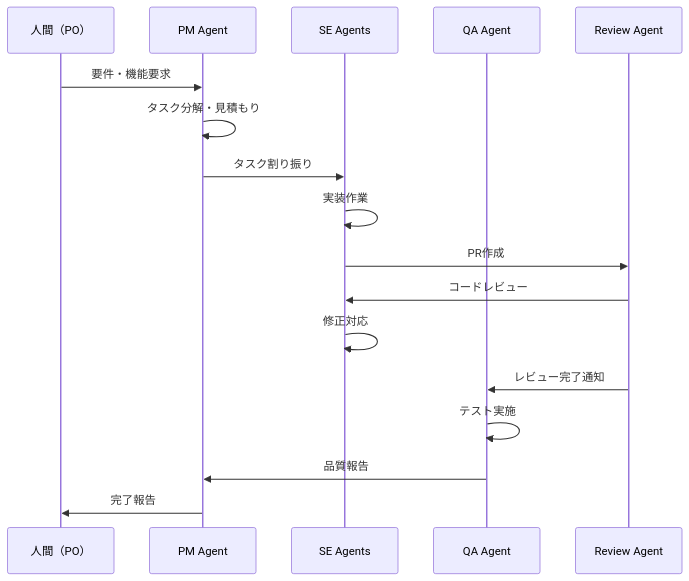
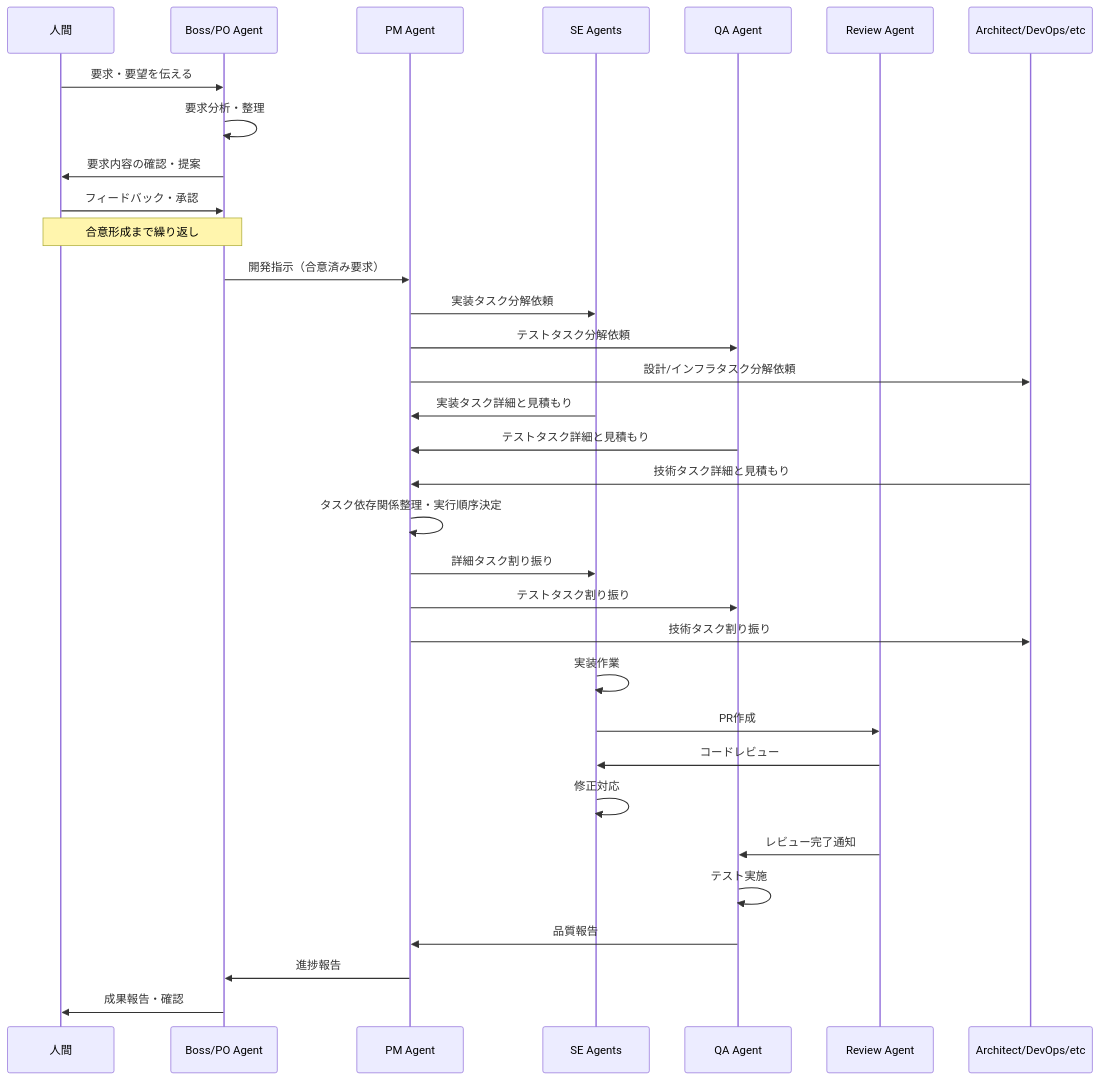
One commit to norinoriver/ai-multi-agent changed the diagram in docs/development-flow/requirements/OCD_multi_claude_code_system.md. Above: the diagram before and after it, drawn with Mermaid. The commit also changed other lines of this file and 14 other files, not shown here.

````diff
--- a/docs/development-flow/requirements/OCD_multi_claude_code_system.md
+++ b/docs/development-flow/requirements/OCD_multi_claude_code_system.md
@@ -78,20 +79,36 @@
 ```mermaid
 sequenceDiagram
-    participant Human as 人間（PO）
+    participant Human as 人間
+    participant Boss as Boss/PO Agent
     participant PM as PM Agent
     participant SE as SE Agents
     participant QA as QA Agent
     participant Review as Review Agent
+    participant Arch as Architect/DevOps/etc
     
-    Human->>PM: 要件・機能要求
-    PM->>PM: タスク分解・見積もり
-    PM->>SE: タスク割り振り
+    Human->>Boss: 要求・要望を伝える
+    Boss->>Boss: 要求分析・整理
+    Boss->>Human: 要求内容の確認・提案
+    Human->>Boss: フィードバック・承認
+    Note over Human,Boss: 合意形成まで繰り返し
+    Boss->>PM: 開発指示（合意済み要求）
+    PM->>SE: 実装タスク分解依頼
+    PM->>QA: テストタスク分解依頼
+    PM->>Arch: 設計/インフラタスク分解依頼
+    SE->>PM: 実装タスク詳細と見積もり
+    QA->>PM: テストタスク詳細と見積もり
+    Arch->>PM: 技術タスク詳細と見積もり
+    PM->>PM: タスク依存関係整理・実行順序決定
+    PM->>SE: 詳細タスク割り振り
+    PM->>QA: テストタスク割り振り
+    PM->>Arch: 技術タスク割り振り
     SE->>SE: 実装作業
     SE->>Review: PR作成
     Review->>SE: コードレビュー
     SE->>SE: 修正対応
     Review->>QA: レビュー完了通知
     QA->>QA: テスト実施
     QA->>PM: 品質報告
-    PM->>Human: 完了報告
+    PM->>Boss: 進捗報告
+    Boss->>Human: 成果報告・確認
 ```
````
